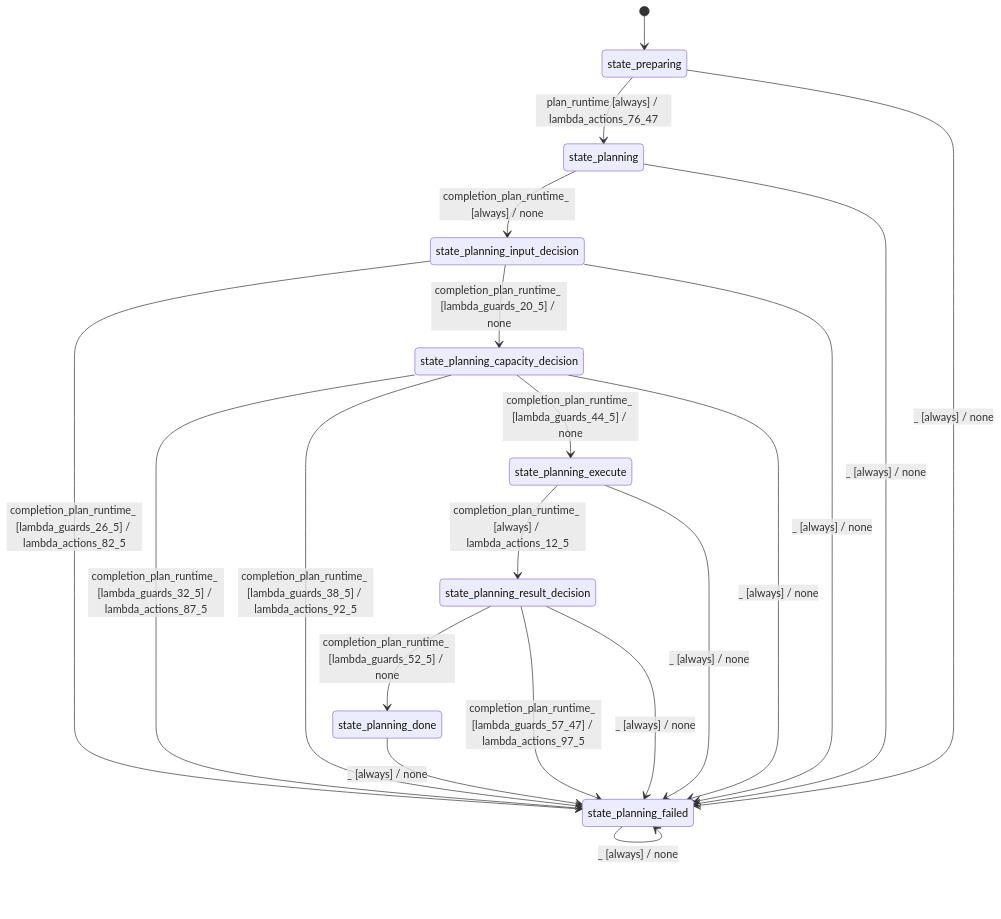
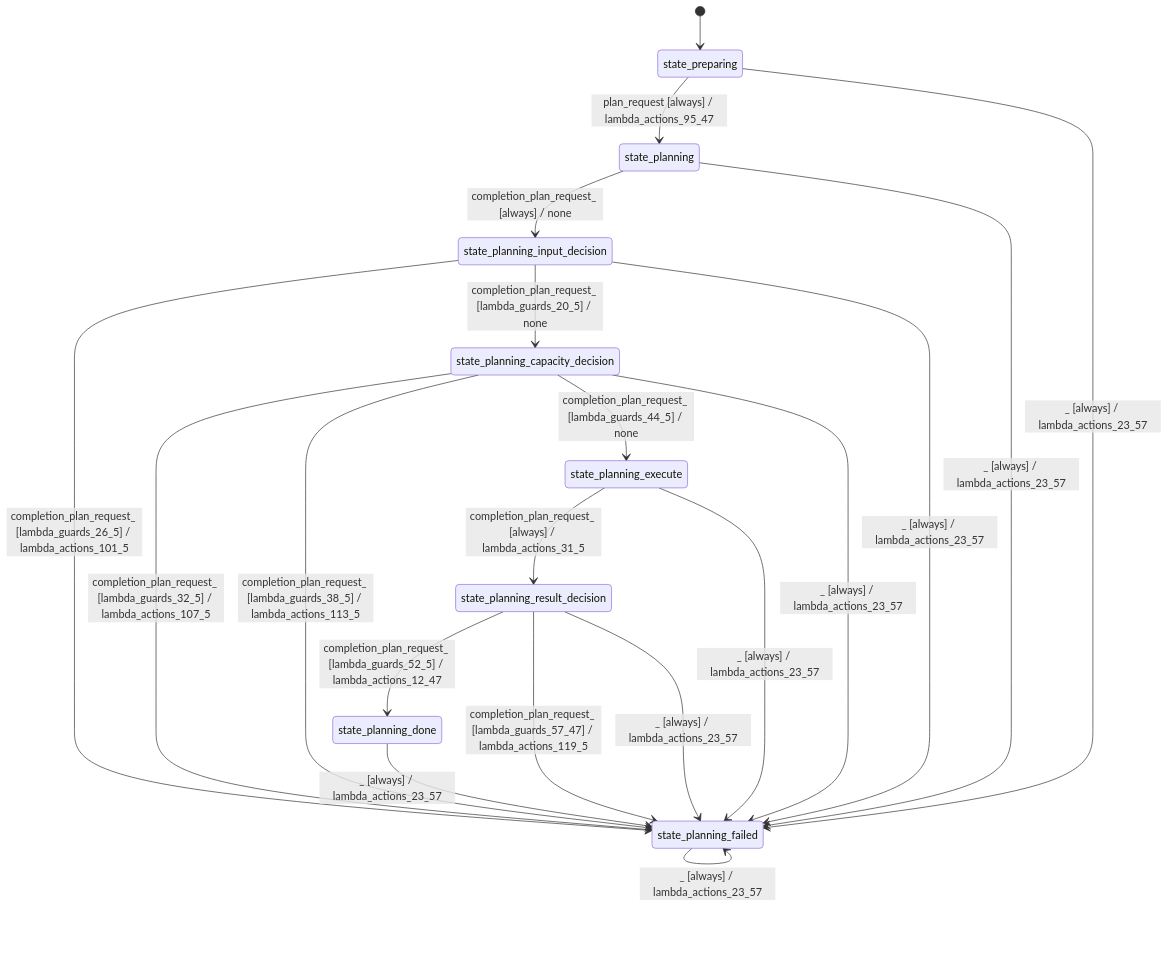
One commit to stateforward/emel.cpp changed the diagram in docs/architecture/batch_planner_modes_sequential.md. Above: the diagram before and after it, drawn with Mermaid. The commit also changed other lines of this file and 26 other files, not shown here.

````diff
--- a/docs/architecture/batch_planner_modes_sequential.md
+++ b/docs/architecture/batch_planner_modes_sequential.md
@@ -7,23 +7,23 @@
 ```mermaid
 stateDiagram-v2
   direction TB
   [*] --> state_preparing
-  state_preparing --> state_planning : plan_runtime [always] / lambda_actions_76_47
-  state_planning --> state_planning_input_decision : completion_plan_runtime_ [always] / none
-  state_planning_input_decision --> state_planning_failed : completion_plan_runtime_ [lambda_guards_26_5] / lambda_actions_82_5
-  state_planning_input_decision --> state_planning_capacity_decision : completion_plan_runtime_ [lambda_guards_20_5] / none
-  state_planning_capacity_decision --> state_planning_failed : completion_plan_runtime_ [lambda_guards_32_5] / lambda_actions_87_5
-  state_planning_capacity_decision --> state_planning_failed : completion_plan_runtime_ [lambda_guards_38_5] / lambda_actions_92_5
-  state_planning_capacity_decision --> state_planning_execute : completion_plan_runtime_ [lambda_guards_44_5] / none
-  state_planning_execute --> state_planning_result_decision : completion_plan_runtime_ [always] / lambda_actions_12_5
-  state_planning_result_decision --> state_planning_done : completion_plan_runtime_ [lambda_guards_52_5] / none
-  state_planning_result_decision --> state_planning_failed : completion_plan_runtime_ [lambda_guards_57_47] / lambda_actions_97_5
-  state_planning_done --> state_planning_failed : _ [always] / none
-  state_planning_failed --> state_planning_failed : _ [always] / none
-  state_preparing --> state_planning_failed : _ [always] / none
-  state_planning --> state_planning_failed : _ [always] / none
-  state_planning_input_decision --> state_planning_failed : _ [always] / none
-  state_planning_capacity_decision --> state_planning_failed : _ [always] / none
-  state_planning_execute --> state_planning_failed : _ [always] / none
-  state_planning_result_decision --> state_planning_failed : _ [always] / none
+  state_preparing --> state_planning : plan_request [always] / lambda_actions_95_47
+  state_planning --> state_planning_input_decision : completion_plan_request_ [always] / none
+  state_planning_input_decision --> state_planning_failed : completion_plan_request_ [lambda_guards_26_5] / lambda_actions_101_5
+  state_planning_input_decision --> state_planning_capacity_decision : completion_plan_request_ [lambda_guards_20_5] / none
+  state_planning_capacity_decision --> state_planning_failed : completion_plan_request_ [lambda_guards_32_5] / lambda_actions_107_5
+  state_planning_capacity_decision --> state_planning_failed : completion_plan_request_ [lambda_guards_38_5] / lambda_actions_113_5
+  state_planning_capacity_decision --> state_planning_execute : completion_plan_request_ [lambda_guards_44_5] / none
+  state_planning_execute --> state_planning_result_decision : completion_plan_request_ [always] / lambda_actions_31_5
+  state_planning_result_decision --> state_planning_done : completion_plan_request_ [lambda_guards_52_5] / lambda_actions_12_47
+  state_planning_result_decision --> state_planning_failed : completion_plan_request_ [lambda_guards_57_47] / lambda_actions_119_5
+  state_planning_done --> state_planning_failed : _ [always] / lambda_actions_23_57
+  state_planning_failed --> state_planning_failed : _ [always] / lambda_actions_23_57
+  state_preparing --> state_planning_failed : _ [always] / lambda_actions_23_57
+  state_planning --> state_planning_failed : _ [always] / lambda_actions_23_57
+  state_planning_input_decision --> state_planning_failed : _ [always] / lambda_actions_23_57
+  state_planning_capacity_decision --> state_planning_failed : _ [always] / lambda_actions_23_57
+  state_planning_execute --> state_planning_failed : _ [always] / lambda_actions_23_57
+  state_planning_result_decision --> state_planning_failed : _ [always] / lambda_actions_23_57
 ```
````
